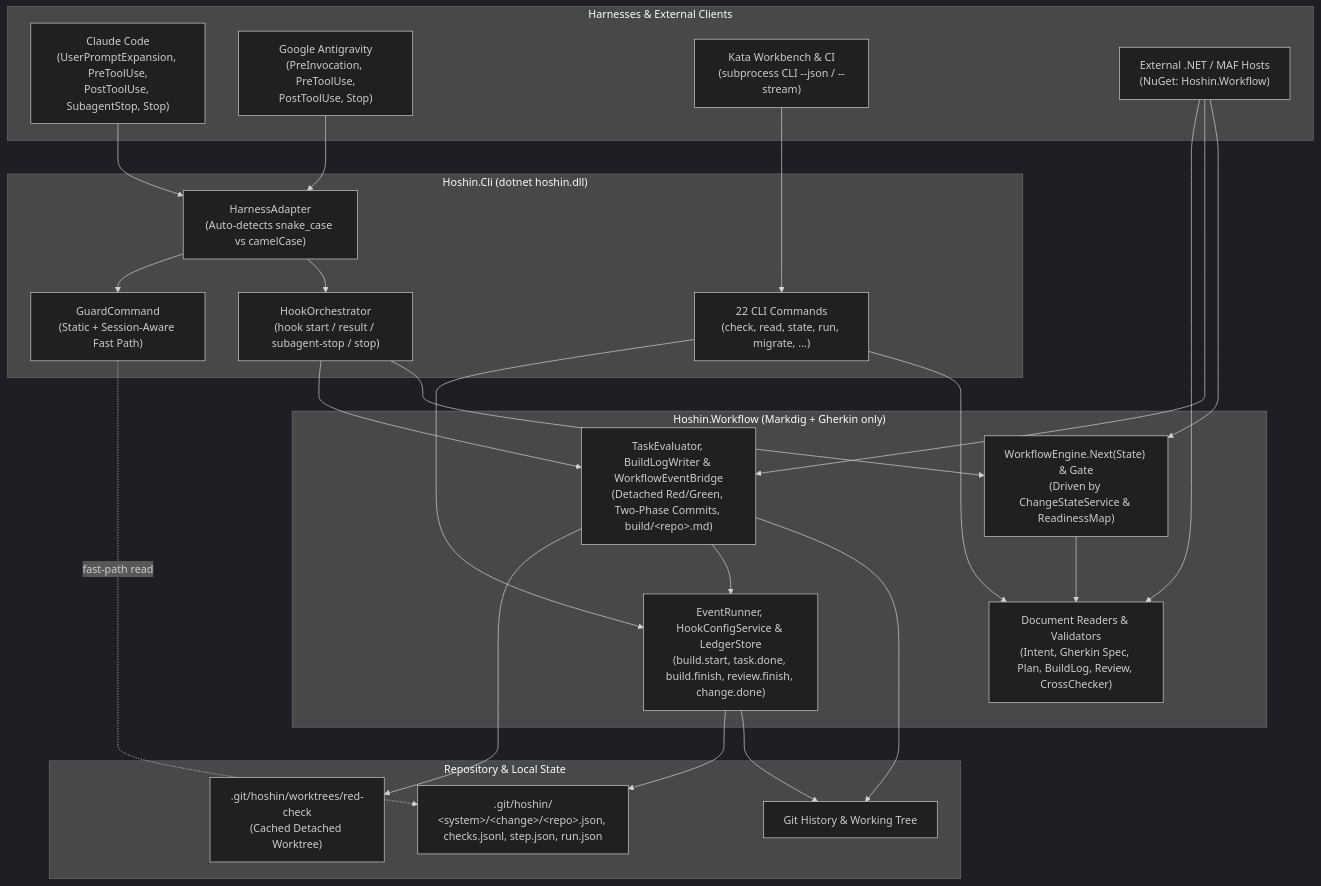
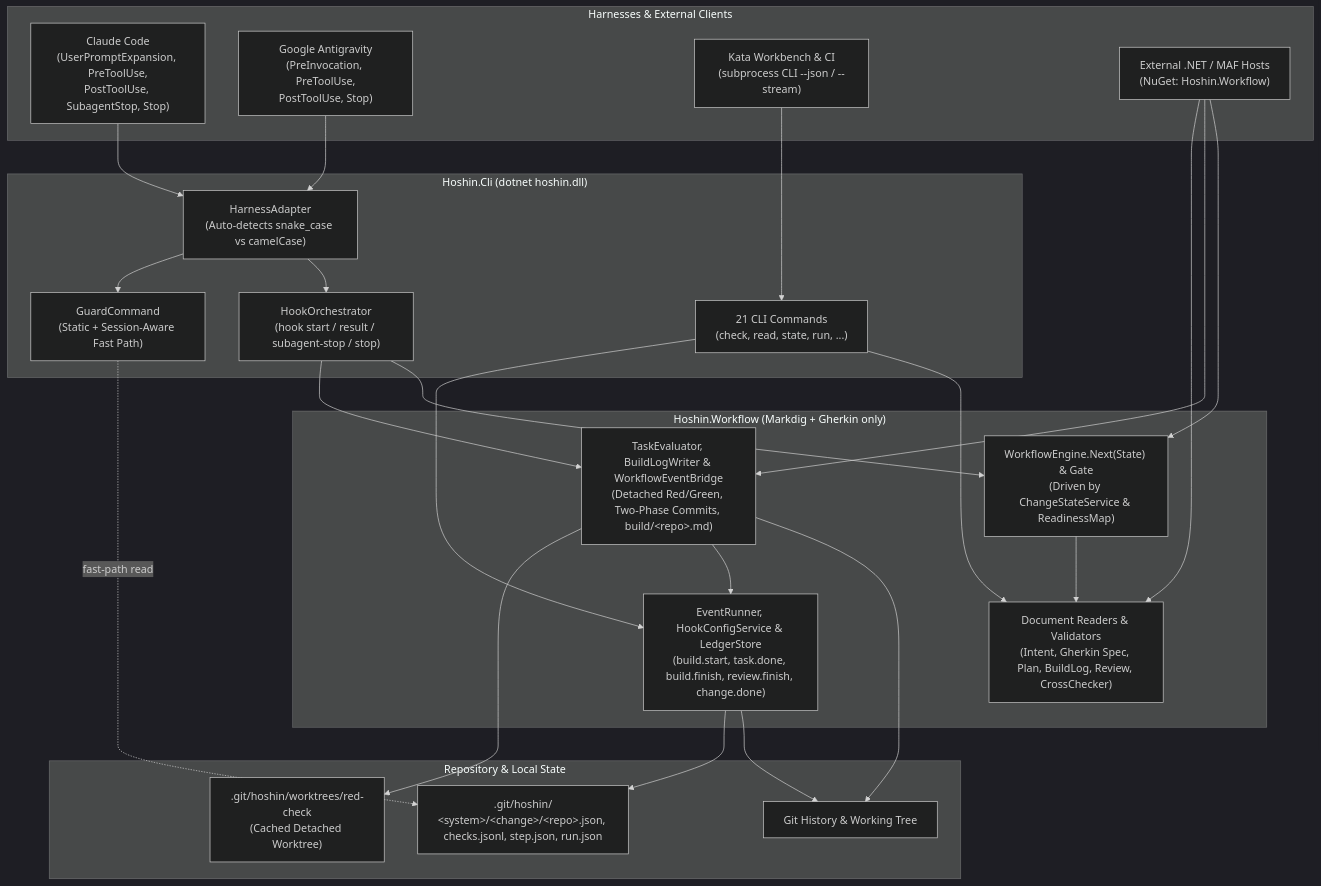
The first of 4 diagrams in DESIGN.md (satish-krishna/Hoshin.Net), drawn with Mermaid (dark theme) before and after one commit. The commit also changed other lines of this file and 35 other files, not shown here.

First line of the commit message:
feat(cli)!: remove migrate and the Hoshin.Migration assembly

````diff
--- a/DESIGN.md
+++ b/DESIGN.md
@@ -21,41 +21,41 @@
 ```mermaid
 flowchart TB
     subgraph Callers["Harnesses & External Clients"]
         CC["Claude Code<br/>(UserPromptExpansion, PreToolUse,<br/>PostToolUse, SubagentStop, Stop)"]
         AGY["Google Antigravity<br/>(PreInvocation, PreToolUse,<br/>PostToolUse, Stop)"]
         KATA["Kata Workbench & CI<br/>(subprocess CLI --json / --stream)"]
         MAF["External .NET / MAF Hosts<br/>(NuGet: Hoshin.Workflow)"]
     end
 
     subgraph Cli["Hoshin.Cli (dotnet hoshin.dll)"]
         ADAPTER["HarnessAdapter<br/>(Auto-detects snake_case vs camelCase)"]
         ORCH["HookOrchestrator<br/>(hook start / result / subagent-stop / stop)"]
         GUARD["GuardCommand<br/>(Static + Session-Aware Fast Path)"]
-        CMDS["22 CLI Commands<br/>(check, read, state, run, migrate, ...)"]
+        CMDS["21 CLI Commands<br/>(check, read, state, run, ...)"]
     end
 
     subgraph Lib["Hoshin.Workflow (Markdig + Gherkin only)"]
         ENGINE["WorkflowEngine.Next(State) & Gate<br/>(Driven by ChangeStateService & ReadinessMap)"]
         RUNNER["TaskEvaluator, BuildLogWriter & WorkflowEventBridge<br/>(Detached Red/Green, Two-Phase Commits, build/&lt;repo&gt;.md)"]
         DOCS["Document Readers & Validators<br/>(Intent, Gherkin Spec, Plan, BuildLog, Review, CrossChecker)"]
         EVENTS["EventRunner, HookConfigService & LedgerStore<br/>(build.start, task.done, build.finish, review.finish, change.done)"]
     end
 
     subgraph Store["Repository & Local State"]
         GIT["Git History & Working Tree"]
         LEDGER[".git/hoshin/<br/>&lt;system&gt;/&lt;change&gt;/&lt;repo&gt;.json, checks.jsonl, step.json, run.json"]
         WT[".git/hoshin/worktrees/red-check<br/>(Cached Detached Worktree)"]
     end
 
     CC & AGY --> ADAPTER
     ADAPTER --> ORCH & GUARD
     KATA --> CMDS
     MAF --> ENGINE & RUNNER & DOCS
 
     ORCH --> ENGINE & RUNNER
     GUARD -. "fast-path read" .-> LEDGER
     CMDS --> DOCS & EVENTS
     ENGINE --> DOCS
     RUNNER --> GIT & EVENTS & WT
     EVENTS --> GIT & LEDGER
 ```
````
